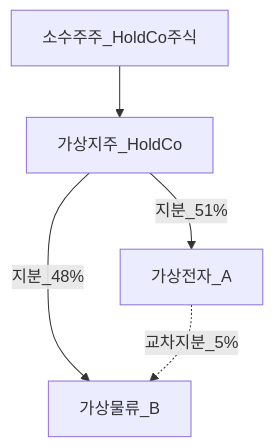
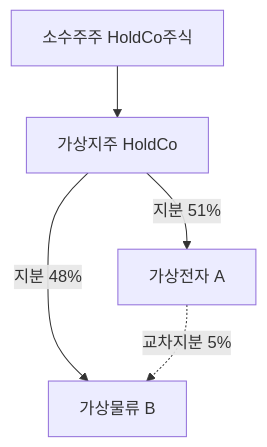
Before and after one commit to goldanghenry/Finances: the third of 4 diagrams in 03-markets/corporate-governance-minority.md, drawn with Mermaid. The commit also changed other lines of this file and 211 other files, not shown here.

````diff
--- a/03-markets/corporate-governance-minority.md
+++ b/03-markets/corporate-governance-minority.md
@@ -145,10 +153,10 @@
 ```mermaid
 flowchart TB
-  Hold[가상지주_HoldCo]
-  SubA[가상전자_A]
-  SubB[가상물류_B]
-  Hold -->|지분_51%| SubA
-  Hold -->|지분_48%| SubB
-  SubA -.->|교차지분_5%| SubB
-  Min[소수주주_HoldCo주식] --> Hold
+  Hold["가상지주 HoldCo"]
+  SubA["가상전자 A"]
+  SubB["가상물류 B"]
+  Hold -->|"지분 51%"| SubA
+  Hold -->|"지분 48%"| SubB
+  SubA -.->|"교차지분 5%"| SubB
+  Min["소수주주 HoldCo주식"] --> Hold
 ```
````
